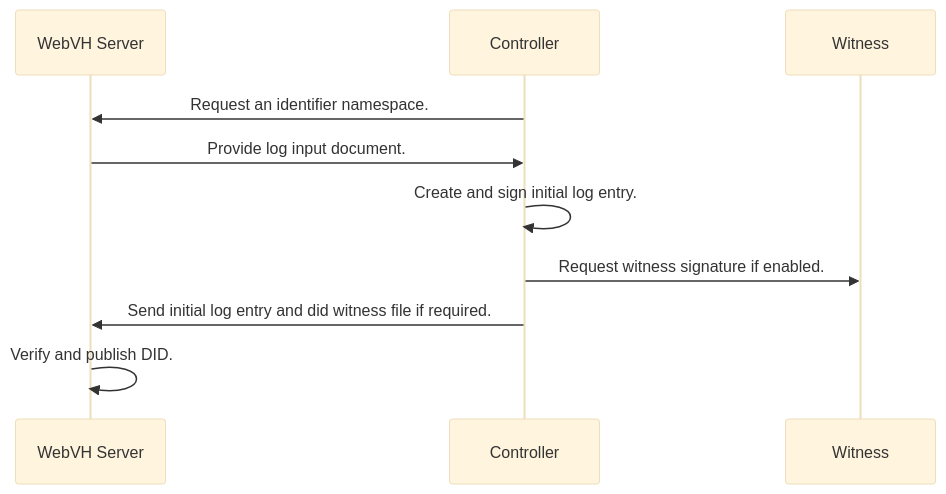
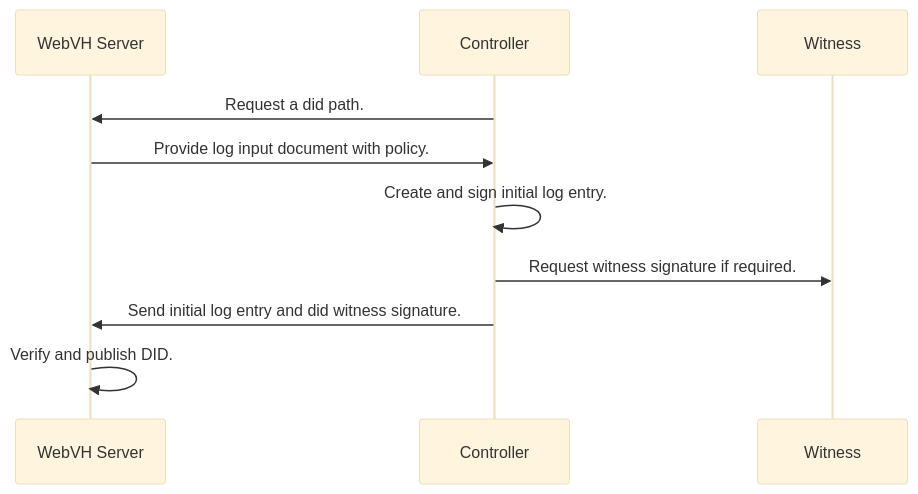
One commit to decentralized-identity/didwebvh-server-py changed the diagram in README.md. Above: the diagram before and after it, drawn with Mermaid (base theme). The commit also changed other lines of this file and 42 other files, not shown here.

````diff
--- a/README.md
+++ b/README.md
@@ -25,12 +25,12 @@
 ```mermaid
 sequenceDiagram
     participant WebVH Server
     participant Controller
     participant Witness
-    Controller->>WebVH Server: Request an identifier namespace.
-    WebVH Server->>Controller: Provide log input document.
+    Controller->>WebVH Server: Request a did path.
+    WebVH Server->>Controller: Provide log input document with policy.
     Controller->>Controller: Create and sign initial log entry.
-    Controller->>Witness: Request witness signature if enabled.
-    Controller->>WebVH Server: Send initial log entry and did witness file if required.
+    Controller->>Witness: Request witness signature if required.
+    Controller->>WebVH Server: Send initial log entry and did witness signature.
     WebVH Server->>WebVH Server: Verify and publish DID.
 ```
````
